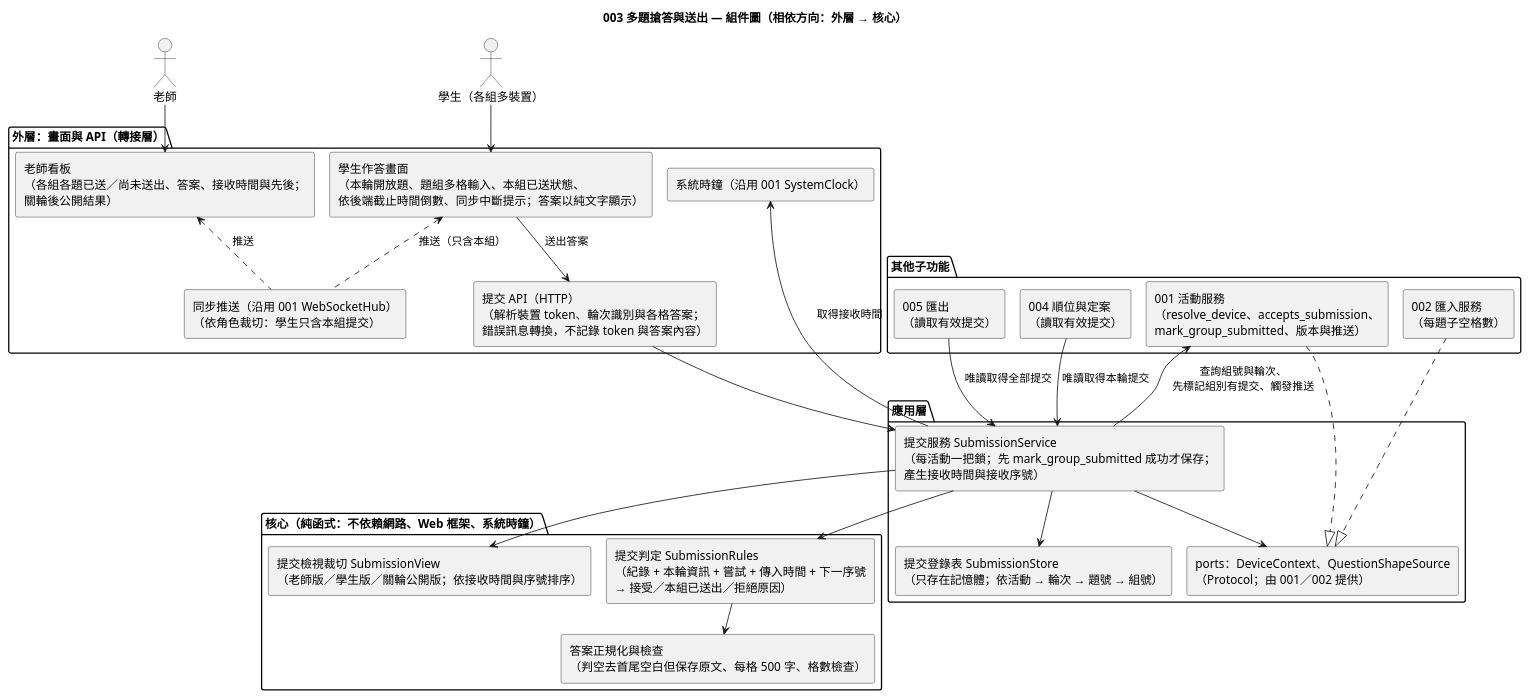
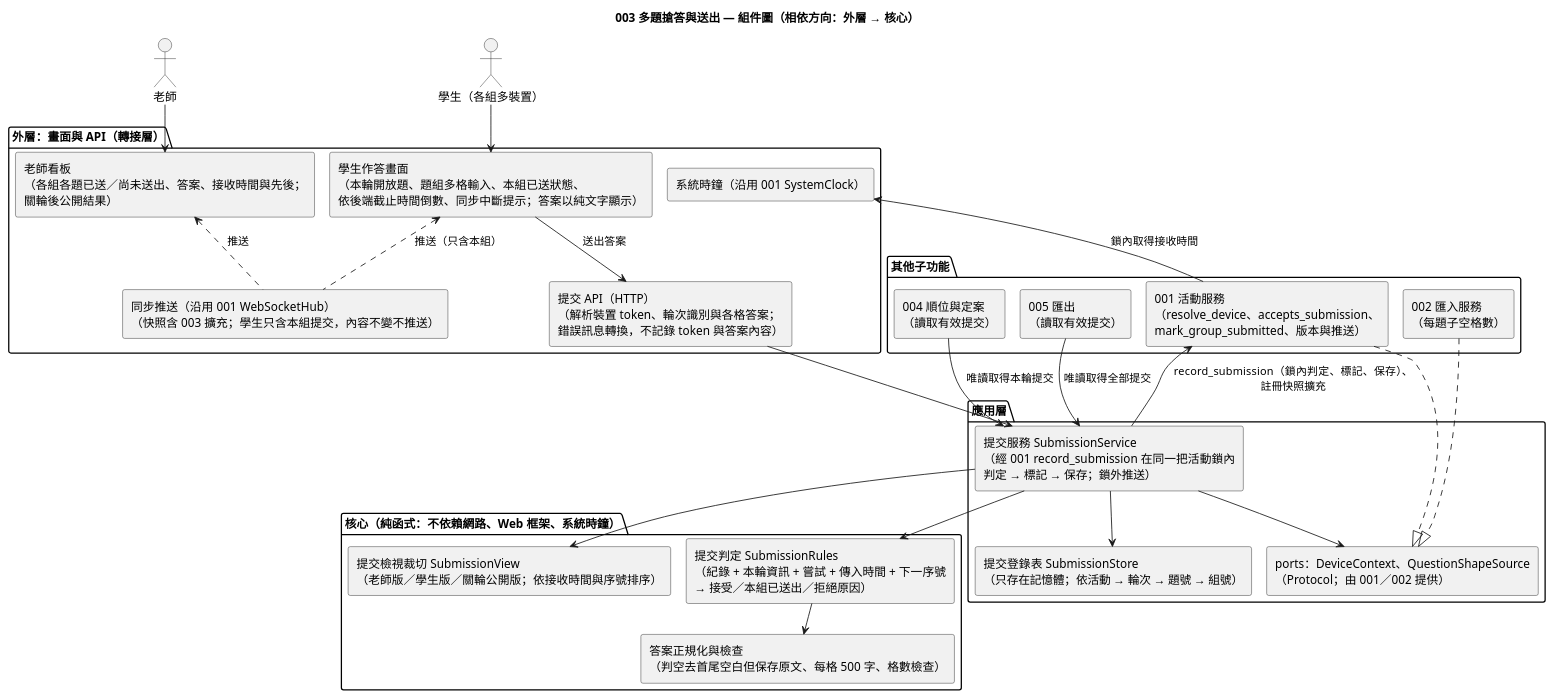
The diagram in diagrams/003-round-submission-component.puml (EricC430/lecture-answer-first_group16_speckit), drawn with PlantUML before and after one commit. The commit also changed 13 other files, not shown here.

Commit message:
docs: 003 plan、research、data-model、contracts、quickstart，並依設計更新三張圖

```diff
--- a/diagrams/003-round-submission-component.puml
+++ b/diagrams/003-round-submission-component.puml
@@ -1,54 +1,54 @@
 @startuml 003-round-submission-component
 !pragma layout smetana
 skinparam defaultFontName "Microsoft JhengHei"
 skinparam componentStyle rectangle
 title 003 多題搶答與送出 — 組件圖（相依方向：外層 → 核心）
 
 actor "老師" as Teacher
 actor "學生（各組多裝置）" as Student
 
 package "外層：畫面與 API（轉接層）" {
   [學生作答畫面\n（本輪開放題、題組多格輸入、本組已送狀態、\n依後端截止時間倒數、同步中斷提示；答案以純文字顯示）] as StudentUI
   [老師看板\n（各組各題已送／尚未送出、答案、接收時間與先後；\n關輪後公開結果）] as TeacherUI
   [提交 API（HTTP）\n（解析裝置 token、輪次識別與各格答案；\n錯誤訊息轉換，不記錄 token 與答案內容）] as SubmitApi
-  [同步推送（沿用 001 WebSocketHub）\n（依角色裁切：學生只含本組提交）] as Sync
+  [同步推送（沿用 001 WebSocketHub）\n（快照含 003 擴充；學生只含本組提交，內容不變不推送）] as Sync
   [系統時鐘（沿用 001 SystemClock）] as ClockImpl
 }
 
 package "應用層" {
-  [提交服務 SubmissionService\n（每活動一把鎖；先 mark_group_submitted 成功才保存；\n產生接收時間與接收序號）] as Service
+  [提交服務 SubmissionService\n（經 001 record_submission 在同一把活動鎖內\n判定 → 標記 → 保存；鎖外推送）] as Service
   [提交登錄表 SubmissionStore\n（只存在記憶體；依活動 → 輪次 → 題號 → 組號）] as Store
   [ports：DeviceContext、QuestionShapeSource\n（Protocol；由 001／002 提供）] as Ports
 }
 
 package "核心（純函式：不依賴網路、Web 框架、系統時鐘）" {
   [提交判定 SubmissionRules\n（紀錄 + 本輪資訊 + 嘗試 + 傳入時間 + 下一序號\n→ 接受／本組已送出／拒絕原因）] as Rules
   [答案正規化與檢查\n（判空去首尾空白但保存原文、每格 500 字、格數檢查）] as AnswerRules
   [提交檢視裁切 SubmissionView\n（老師版／學生版／關輪公開版；依接收時間與序號排序）] as View
 }
 
 package "其他子功能" {
   [001 活動服務\n（resolve_device、accepts_submission、\nmark_group_submitted、版本與推送）] as Activity
   [002 匯入服務\n（每題子空格數）] as Import
   [004 順位與定案\n（讀取有效提交）] as Ranking
   [005 匯出\n（讀取有效提交）] as Export
 }
 
 Teacher --> TeacherUI
 Student --> StudentUI
 StudentUI --> SubmitApi : 送出答案
 TeacherUI <.. Sync : 推送
 StudentUI <.. Sync : 推送（只含本組）
 SubmitApi --> Service
 Service --> Store
 Service --> Rules
 Rules --> AnswerRules
 Service --> View
 Service --> Ports
-Service --> ClockImpl : 取得接收時間
+Activity --> ClockImpl : 鎖內取得接收時間
 Activity ..|> Ports
 Import ..|> Ports
-Service --> Activity : 查詢組號與輪次、\n先標記組別有提交、觸發推送
+Service --> Activity : record_submission（鎖內判定、標記、保存）、\n註冊快照擴充
 Ranking --> Service : 唯讀取得本輪提交
 Export --> Service : 唯讀取得全部提交
 @enduml
```
